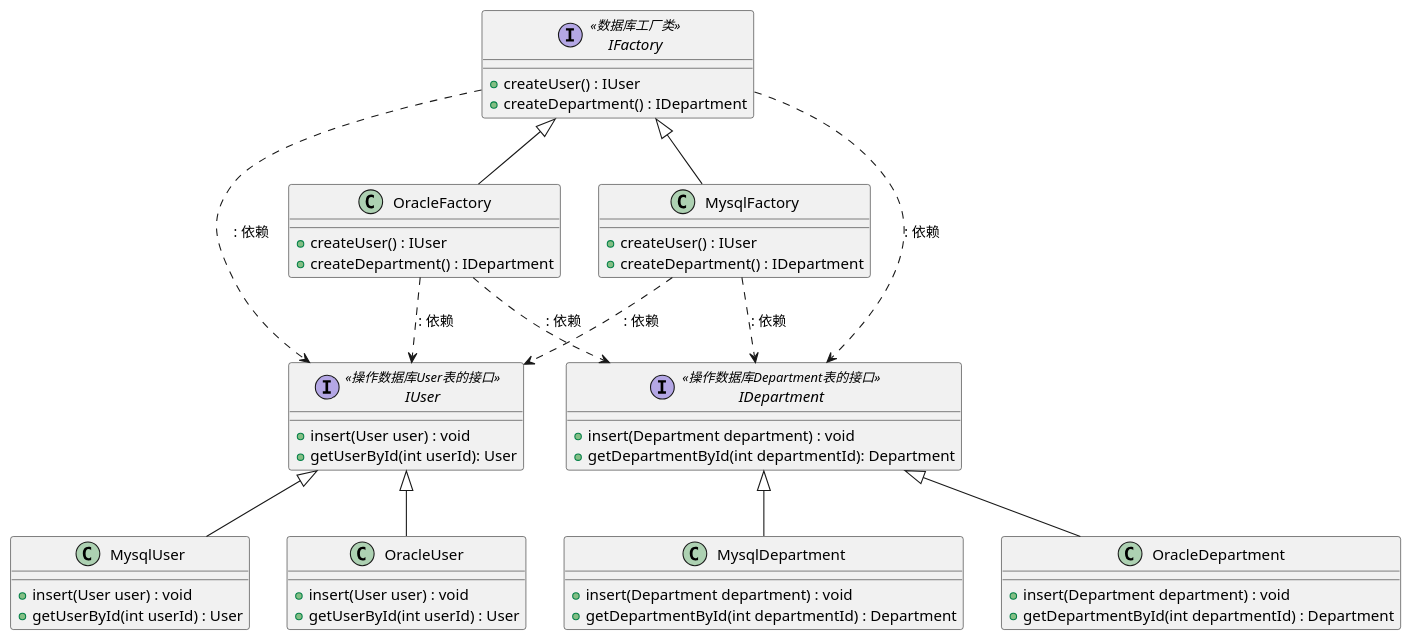
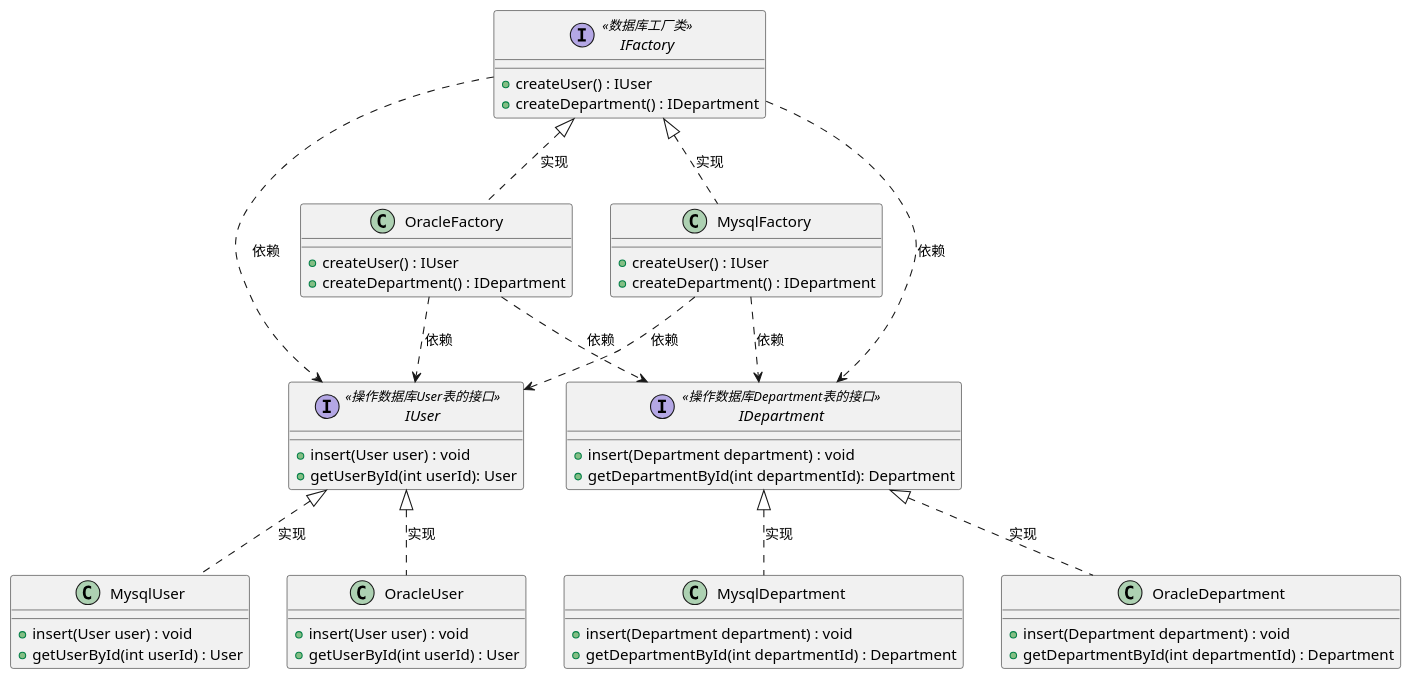
The diagram in dahua-design/src/main/java/ch15/普通工厂方法模式.puml (gerrywen/java-learn), drawn with PlantUML before and after one commit. The commit also changed 5 other files, not shown here.

```diff
--- a/dahua-design/src/main/java/ch15/普通工厂方法模式.puml
+++ b/dahua-design/src/main/java/ch15/普通工厂方法模式.puml
@@ -1,71 +1,71 @@
 @startuml
 
 interface IFactory<<数据库工厂类>> {
     + createUser() : IUser
     + createDepartment() : IDepartment
 }
 
 interface IUser<<操作数据库User表的接口>>{
    + insert(User user) : void
    + getUserById(int userId): User
 }
 
 interface IDepartment<<操作数据库Department表的接口>>{
    + insert(Department department) : void
    + getDepartmentById(int departmentId): Department
 }
 
-IFactory ..> IUser : : 依赖
-IFactory ..> IDepartment : : 依赖
+IFactory ..> IUser : 依赖
+IFactory ..> IDepartment : 依赖
 
 
 
 class MysqlFactory{
     + createUser() : IUser
     + createDepartment() : IDepartment
 }
 
 class OracleFactory {
     + createUser() : IUser
     + createDepartment() : IDepartment
 }
 
 class MysqlUser {
     + insert(User user) : void
     + getUserById(int userId) : User
 }
 
 class OracleUser {
     + insert(User user) : void
     + getUserById(int userId) : User
 }
 
 class MysqlDepartment {
     + insert(Department department) : void
     + getDepartmentById(int departmentId) : Department
 }
 
 class OracleDepartment {
     + insert(Department department) : void
     + getDepartmentById(int departmentId) : Department
 }
 
 
-IFactory <|-- MysqlFactory
-IFactory <|-- OracleFactory
+IFactory <|.. MysqlFactory : 实现
+IFactory <|.. OracleFactory : 实现
 
-IUser <|-- MysqlUser
-IUser <|-- OracleUser
+IUser <|.. MysqlUser : 实现
+IUser <|.. OracleUser : 实现
 
-IDepartment <|-- MysqlDepartment
-IDepartment <|-- OracleDepartment
+IDepartment <|.. MysqlDepartment : 实现
+IDepartment <|.. OracleDepartment : 实现
 
 
-MysqlFactory ..> IUser : : 依赖
-MysqlFactory ..> IDepartment : : 依赖
+MysqlFactory ..> IUser : 依赖
+MysqlFactory ..> IDepartment : 依赖
 
 
-OracleFactory ..> IUser : : 依赖
-OracleFactory ..> IDepartment : : 依赖
+OracleFactory ..> IUser : 依赖
+OracleFactory ..> IDepartment : 依赖
 
 @enduml
```
